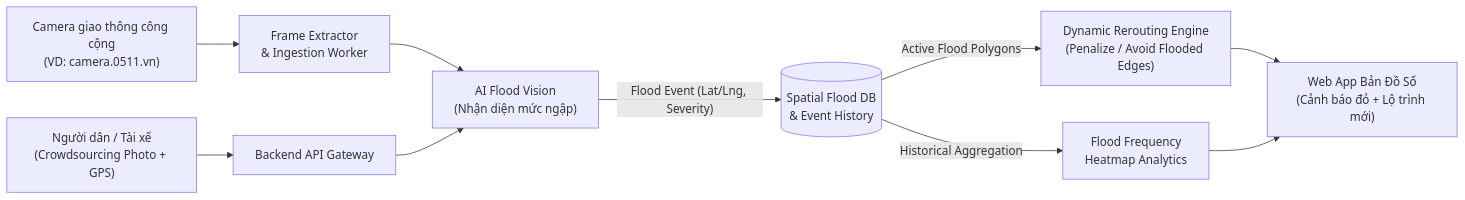
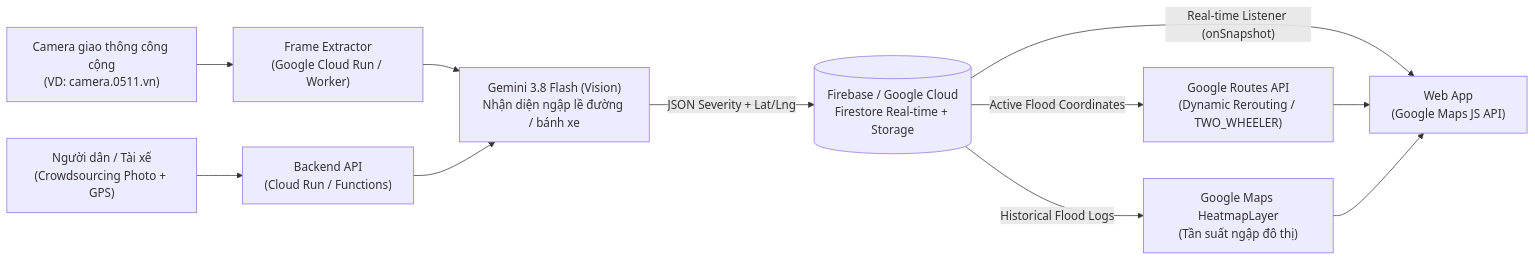
The diagram in README.md (Gold2k2k2k/flood-safe-routing), drawn with Mermaid before and after one commit. The commit also changed other lines of this file and 8 other files, not shown here.

Commit message:
docs: align architecture and starter docs with Google Tech Stack

````diff
--- a/README.md
+++ b/README.md
@@ -56,12 +63,13 @@
 ```mermaid
 flowchart LR
-    CAM["Camera giao thông công cộng\n(VD: camera.0511.vn)"] --> ING["Frame Extractor\n& Ingestion Worker"]
-    USR["Người dân / Tài xế\n(Crowdsourcing Photo + GPS)"] --> API["Backend API Gateway"]
-    ING --> AI["AI Flood Vision\n(Nhận diện mức ngập)"]
-    API --> AI
-    AI -->|"Flood Event (Lat/Lng, Severity)"| DB[("Spatial Flood DB\n& Event History")]
-    DB -->|"Active Flood Polygons"| REROUTE["Dynamic Rerouting Engine\n(Penalize / Avoid Flooded Edges)"]
-    DB -->|"Historical Aggregation"| HEAT["Flood Frequency\nHeatmap Analytics"]
-    REROUTE --> WEB["Web App Bản Đồ Số\n(Cảnh báo đỏ + Lộ trình mới)"]
+    CAM["Camera giao thông công cộng\n(VD: camera.0511.vn)"] --> ING["Frame Extractor\n(Google Cloud Run / Worker)"]
+    USR["Người dân / Tài xế\n(Crowdsourcing Photo + GPS)"] --> API["Backend API\n(Cloud Run / Functions)"]
+    ING --> GEM["Gemini 3.8 Flash (Vision)\nNhận diện ngập lề đường / bánh xe"]
+    API --> GEM
+    GEM -->|"JSON Severity + Lat/Lng"| FB[("Firebase / Google Cloud\nFirestore Real-time + Storage")]
+    FB -->|"Real-time Listener (onSnapshot)"| WEB["Web App\n(Google Maps JS API)"]
+    FB -->|"Active Flood Coordinates"| ROUTES["Google Routes API\n(Dynamic Rerouting / TWO_WHEELER)"]
+    FB -->|"Historical Flood Logs"| HEAT["Google Maps HeatmapLayer\n(Tần suất ngập đô thị)"]
+    ROUTES --> WEB
     HEAT --> WEB
 ```
````
